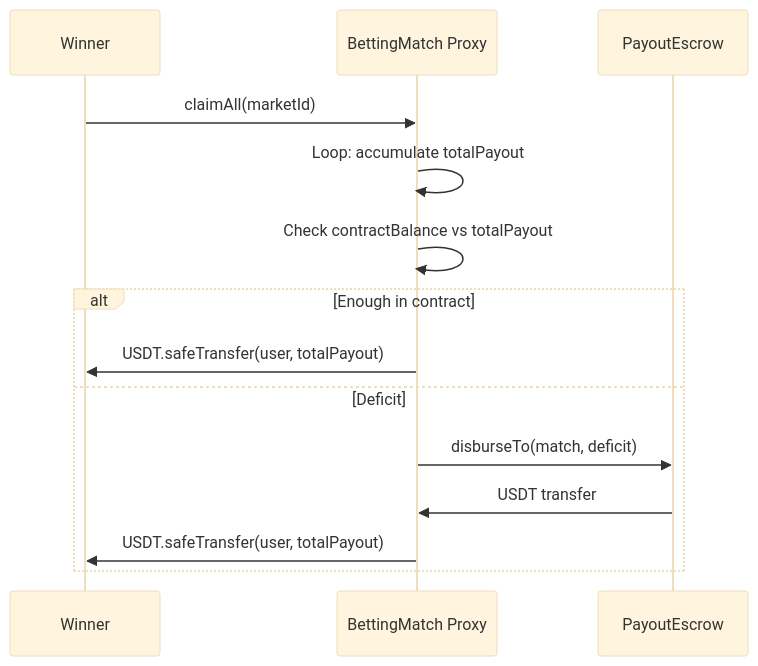
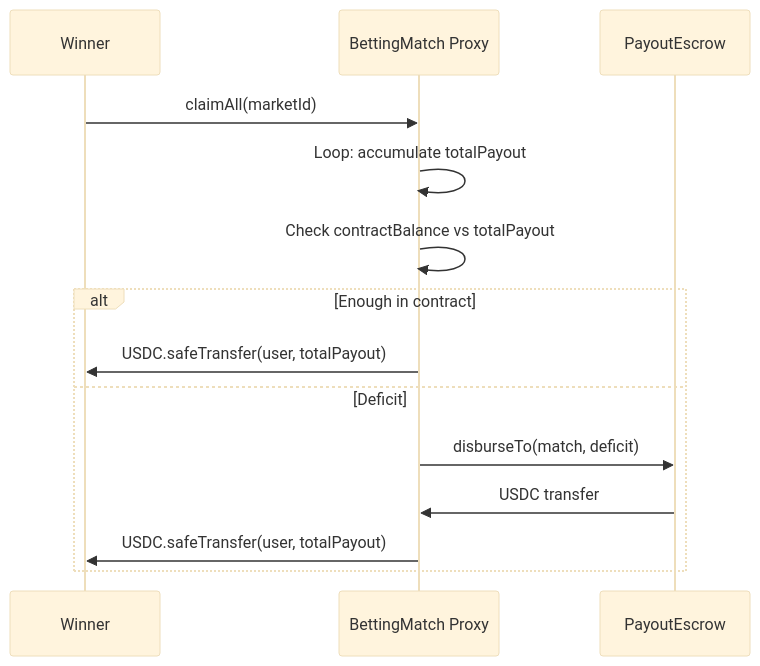
One commit to ChilizTV/smart-contracts changed the third of 3 diagrams in chiliz-tv/docs/payout.md. Above: the diagram before and after it, drawn with Mermaid (base theme). The commit also changed other lines of this file and 2 other files, not shown here.

First line of the commit message:
📝 Updated docs (from USDT to USDC

````diff
--- a/chiliz-tv/docs/payout.md
+++ b/chiliz-tv/docs/payout.md
@@ -80,17 +80,17 @@
 ```mermaid
 sequenceDiagram
     participant User as Winner
     participant Match as BettingMatch Proxy
     participant Escrow as PayoutEscrow
 
     User->>Match: claimAll(marketId)
     Match->>Match: Loop: accumulate totalPayout
     Match->>Match: Check contractBalance vs totalPayout
     alt Enough in contract
-        Match->>User: USDT.safeTransfer(user, totalPayout)
+        Match->>User: USDC.safeTransfer(user, totalPayout)
     else Deficit
         Match->>Escrow: disburseTo(match, deficit)
-        Escrow->>Match: USDT transfer
-        Match->>User: USDT.safeTransfer(user, totalPayout)
+        Escrow->>Match: USDC transfer
+        Match->>User: USDC.safeTransfer(user, totalPayout)
     end
 ```
````
